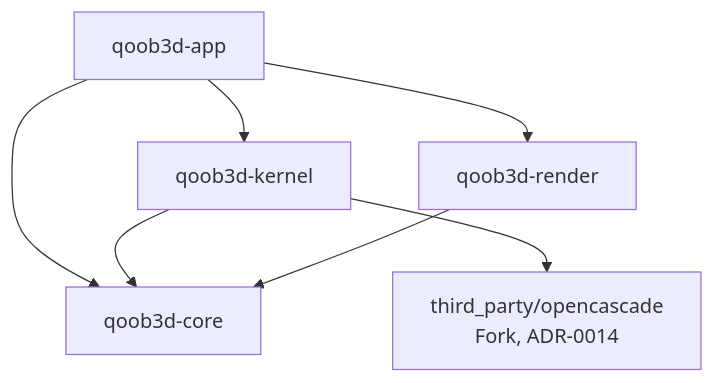
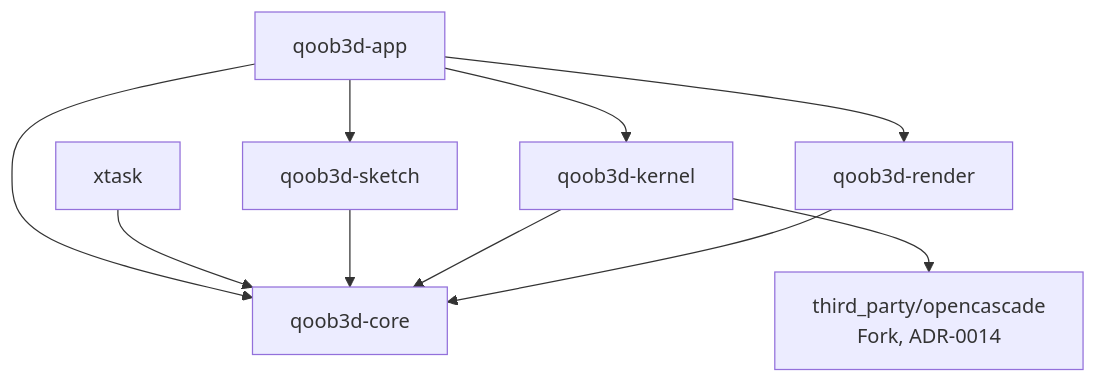
Before and after one commit to COQOON-labs/qoob3d: the second of 2 diagrams in docs/architecture.md, drawn with Mermaid. The commit also changed other lines of this file and 108 other files, not shown here.

````diff
--- a/docs/architecture.md
+++ b/docs/architecture.md
@@ -52,9 +70,12 @@
 ```mermaid
 flowchart TD
     app[qoob3d-app] --> core[qoob3d-core]
+    app --> sketch[qoob3d-sketch]
+    xtask[xtask] --> core
+    sketch --> core
     app --> kernel[qoob3d-kernel]
     app --> render[qoob3d-render]
     kernel --> core
     render --> core
     kernel --> occ[third_party/opencascade<br/>Fork, ADR-0014]
 ```
````
